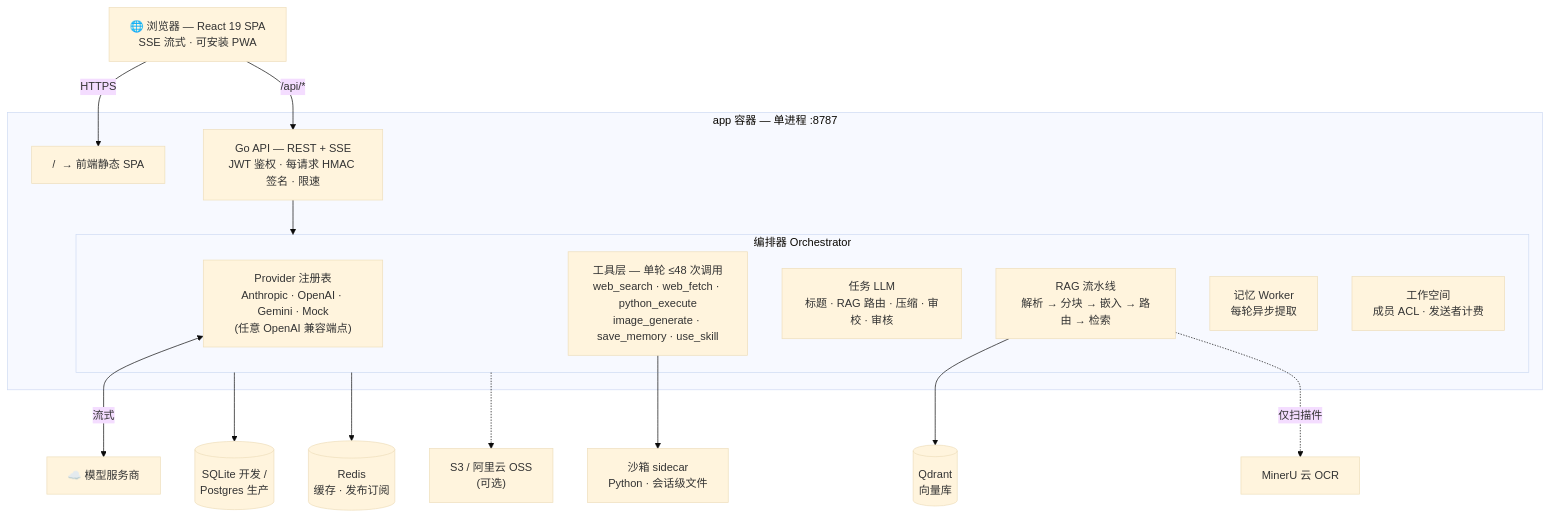
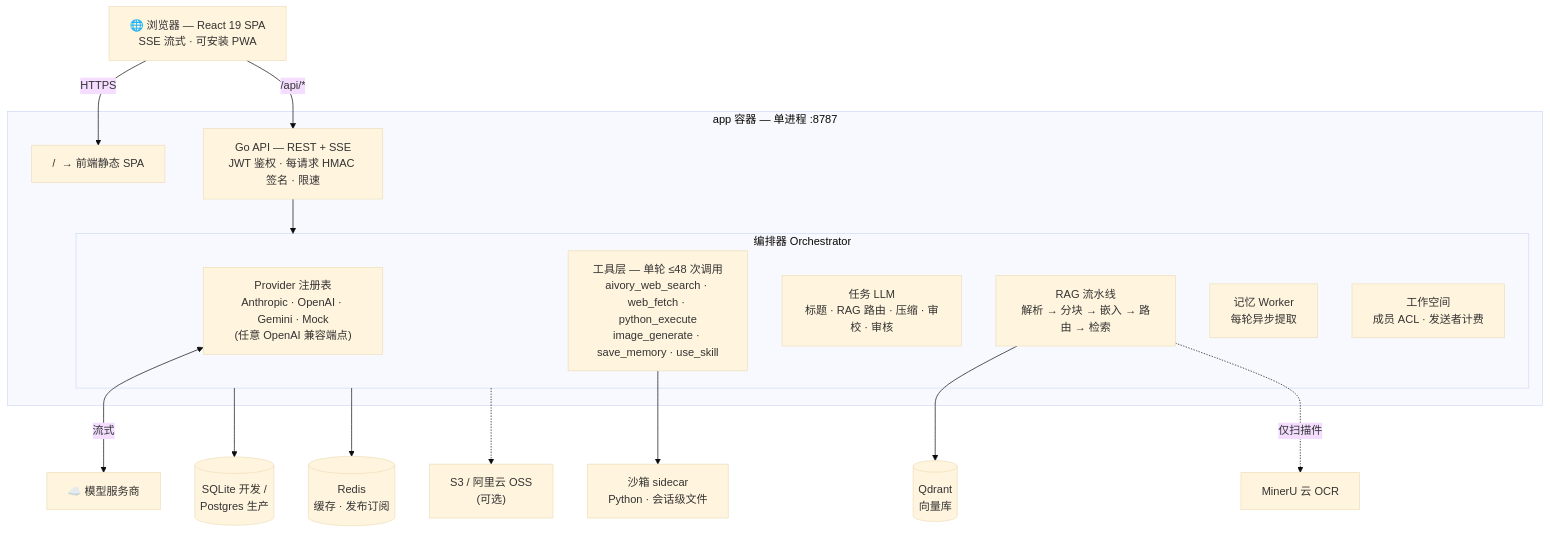
One commit to hjxwz123/Aivory changed the diagram in README.zh-CN.md. Above: the diagram before and after it, drawn with Mermaid (base theme). The commit also changed other lines of this file and 92 other files, not shown here.

````diff
--- a/README.zh-CN.md
+++ b/README.zh-CN.md
@@ -207,30 +209,30 @@
 ```mermaid
 graph TB
     B["🌐 浏览器 — React 19 SPA<br/>SSE 流式 · 可安装 PWA"]
 
     subgraph APP["app 容器 — 单进程 :8787"]
         SPA["/ &nbsp;→ 前端静态 SPA"]
         API["Go API — REST + SSE<br/>JWT 鉴权 · 每请求 HMAC 签名 · 限速"]
         subgraph ORCH["编排器 Orchestrator"]
             PROV["Provider 注册表<br/>Anthropic · OpenAI · Gemini · Mock<br/>(任意 OpenAI 兼容端点)"]
-            TOOLS["工具层 — 单轮 ≤48 次调用<br/>web_search · web_fetch · python_execute<br/>image_generate · save_memory · use_skill"]
+            TOOLS["工具层 — 单轮 ≤48 次调用<br/>aivory_web_search · web_fetch · python_execute<br/>image_generate · save_memory · use_skill"]
             TASK["任务 LLM<br/>标题 · RAG 路由 · 压缩 · 审校 · 审核"]
             RAGP["RAG 流水线<br/>解析 → 分块 → 嵌入 → 路由 → 检索"]
             MEMW["记忆 Worker<br/>每轮异步提取"]
             WS["工作空间<br/>成员 ACL · 发送者计费"]
         end
     end
 
     B -->|HTTPS| SPA
     B -->|"/api/*"| API
     API --> ORCH
 
     PROV <-->|流式| LLM["☁️ 模型服务商"]
     TOOLS --> SBX["沙箱 sidecar<br/>Python · 会话级文件"]
     RAGP --> QD[("Qdrant<br/>向量库")]
     RAGP -.->|"仅扫描件"| MRU["MinerU 云 OCR"]
 
     ORCH --> DB[("SQLite 开发 /<br/>Postgres 生产")]
     ORCH --> RDS[("Redis<br/>缓存 · 发布订阅")]
     ORCH -.-> OBJ["S3 / 阿里云 OSS<br/>(可选)"]
 ```
````
